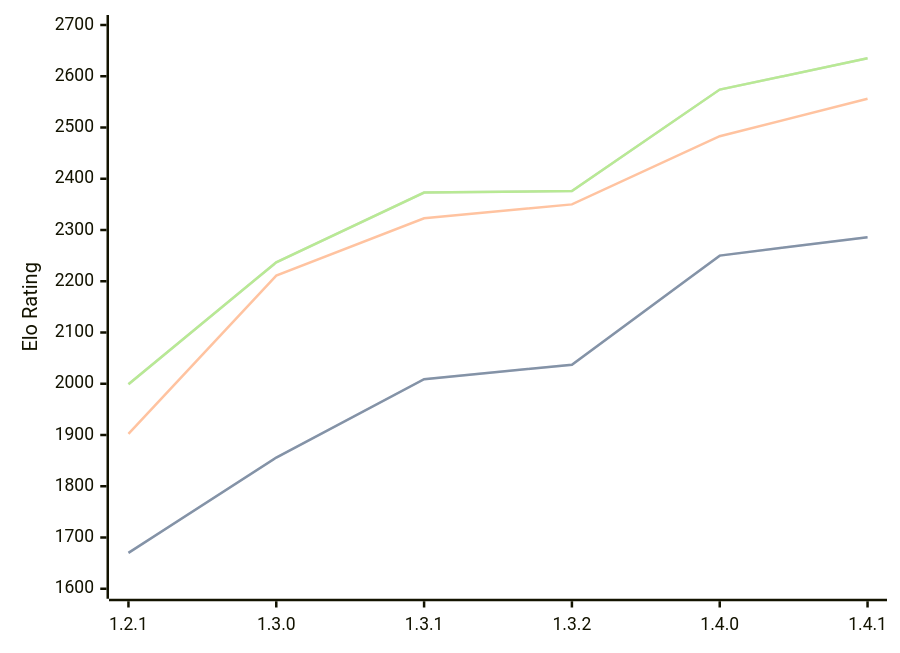
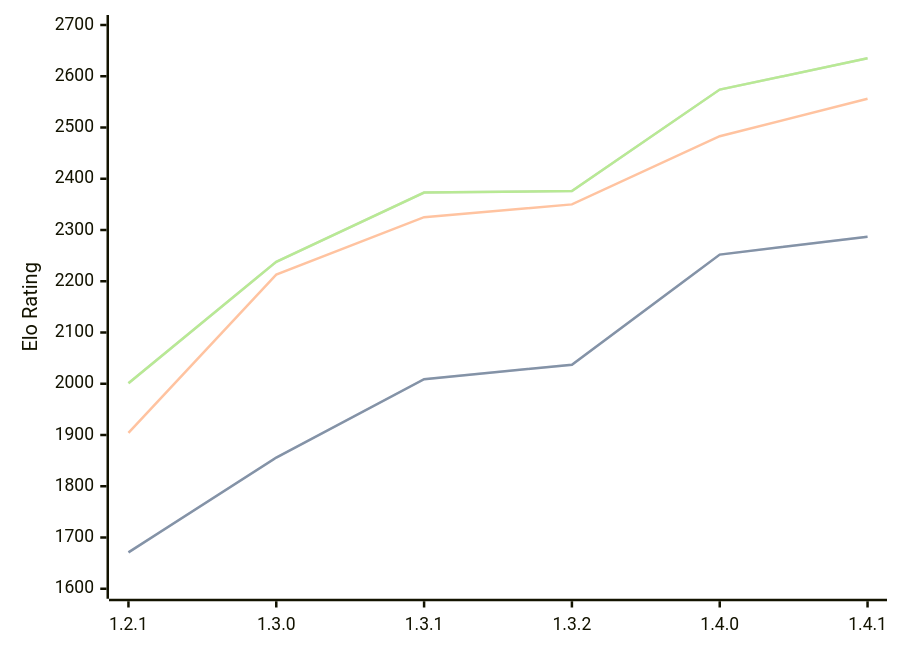
The diagram in engines/Chal.md (computer-chess-index/cci), drawn with Mermaid before and after one commit. The commit also changed other lines of this file, not shown here.

Commit message:
Update CCI Ratings (ELO VLTC) - 2026-07-25

````diff
--- a/engines/Chal.md
+++ b/engines/Chal.md
@@ -39,11 +39,11 @@
 ```mermaid
 %%{init: {"theme":"base","themeVariables":{"seriesColors:['#a3a3a3','#222221','#faa371']}}}%%
 xychart-beta
   x-axis ["1.2.1", "1.3.0", "1.3.1", "1.3.2", "1.4.0", "1.4.1"]
   y-axis "Elo Rating" 1600 --> 2700
-  line "STC (8.0+0.08s)" [1670, 1856, 2009, 2037, 2250, 2286]
-  line "STC (8.0+0.08s)" [1670, 1856, 2009, 2037, 2250, 2286]
-  line "LTC (60.0+0.60s)" [1902, 2211, 2323, 2350, 2483, 2556]
-  line "VLTC (2m24s+1.12s)" [1999, 2237, 2373, 2376, 2574, 2635]
-  line "VLTC (2m24s+1.12s)" [1999, 2237, 2373, 2376, 2574, 2635]
+  line "STC (8.0+0.08s)" [1671, 1856, 2009, 2037, 2252, 2287]
+  line "STC (8.0+0.08s)" [1671, 1856, 2009, 2037, 2252, 2287]
+  line "LTC (60.0+0.60s)" [1904, 2213, 2325, 2350, 2483, 2556]
+  line "VLTC (2m24s+1.12s)" [2001, 2238, 2373, 2376, 2574, 2635]
+  line "VLTC (2m24s+1.12s)" [2001, 2238, 2373, 2376, 2574, 2635]
 ```
````
